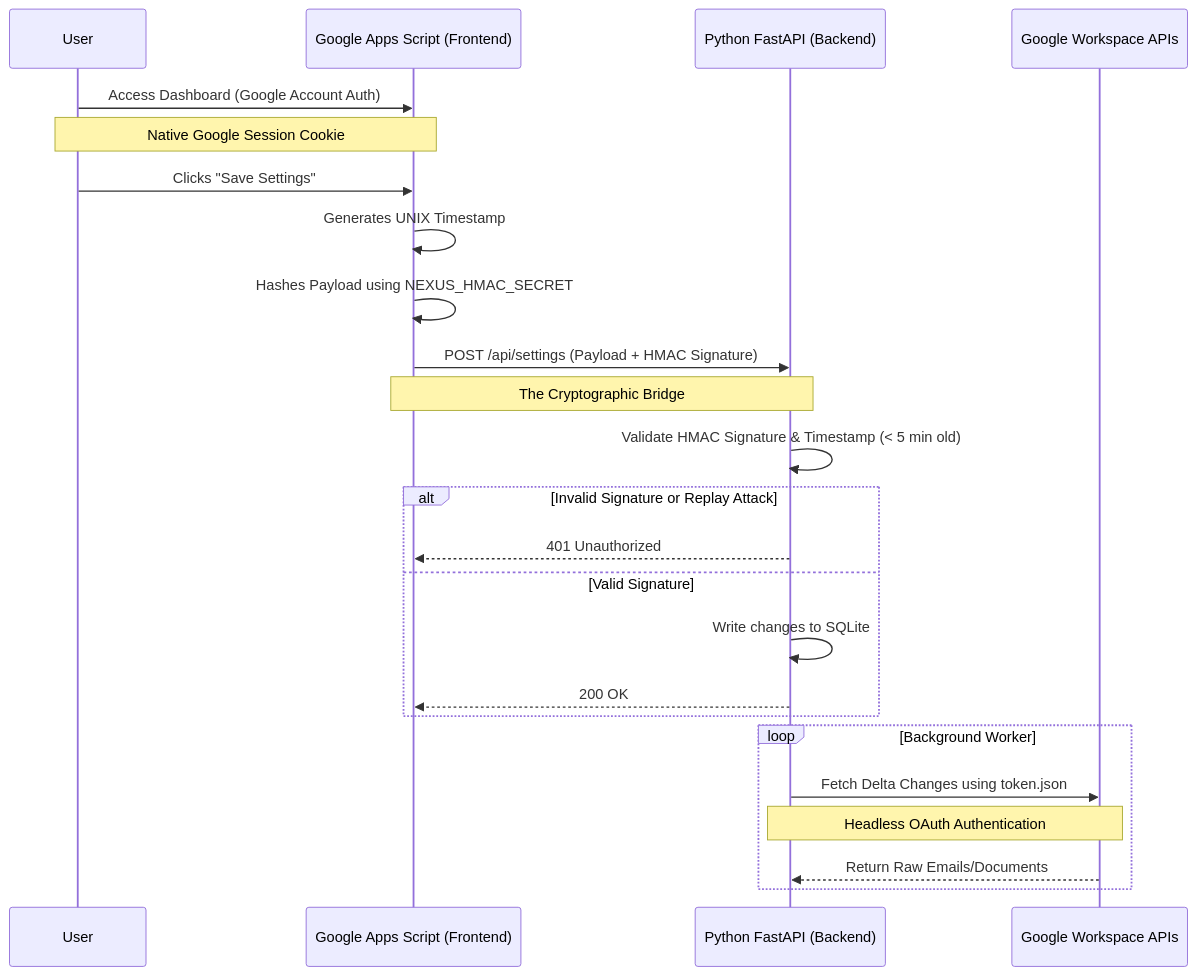
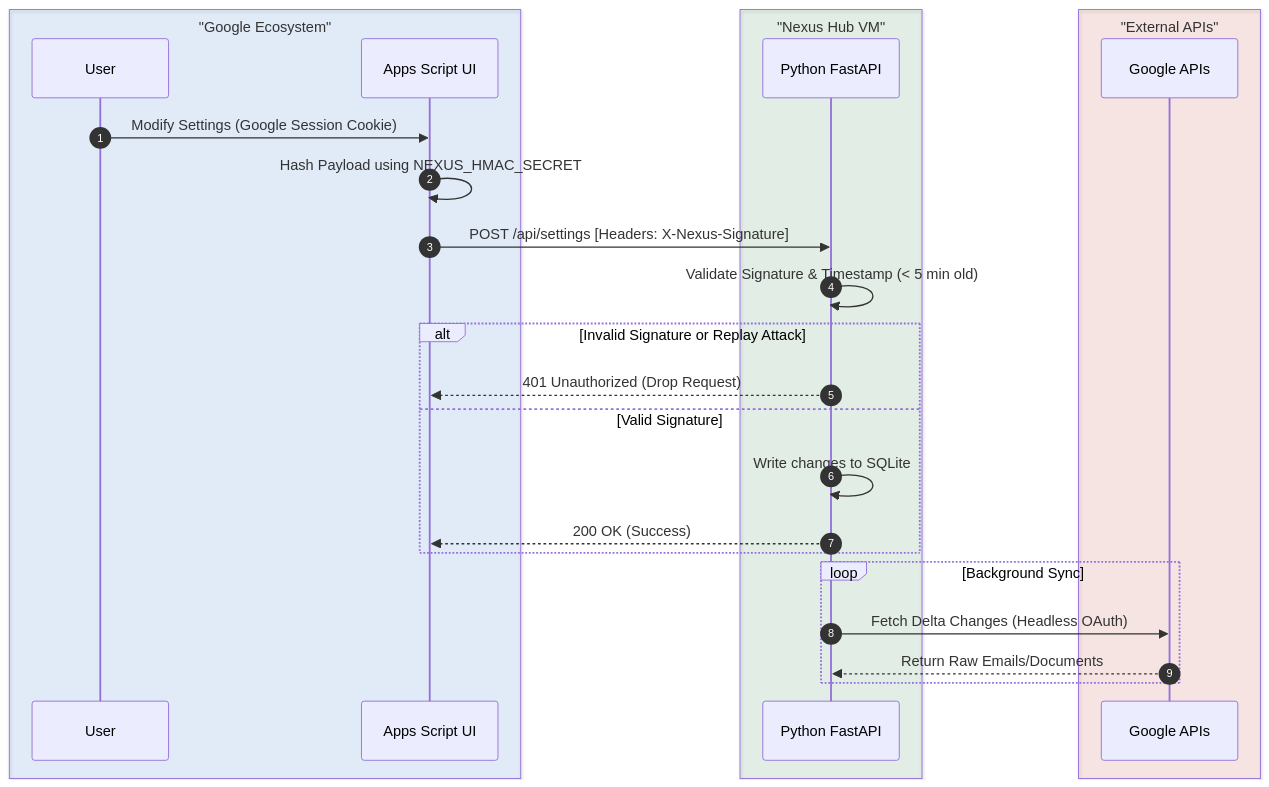
Before and after one commit to FrankXLT/Nexus-Hub-for-Google: the second of 6 diagrams in README.md, drawn with Mermaid. The commit also changed other lines of this file, not shown here.

````diff
--- a/README.md
+++ b/README.md
@@ -153,31 +126,33 @@
 ```mermaid
 sequenceDiagram
+    autonumber
+    box rgba(26, 115, 232, 0.1) "Google Ecosystem"
     participant User
-    participant GAS as Google Apps Script (Frontend)
-    participant VM as Python FastAPI (Backend)
-    participant Workspace as Google Workspace APIs
+    participant GAS as Apps Script UI
+    end
+    
+    box rgba(30, 142, 62, 0.1) "Nexus Hub VM"
+    participant VM as Python FastAPI
+    end
+    
+    box rgba(217, 48, 37, 0.1) "External APIs"
+    participant Workspace as Google APIs
+    end
 
-    User->>GAS: Access Dashboard (Google Account Auth)
-    Note over User,GAS: Native Google Session Cookie
+    User->>GAS: Modify Settings (Google Session Cookie)
+    GAS->>GAS: Hash Payload using NEXUS_HMAC_SECRET
+    GAS->>VM: POST /api/settings [Headers: X-Nexus-Signature]
     
-    User->>GAS: Clicks "Save Settings"
-    GAS->>GAS: Generates UNIX Timestamp
-    GAS->>GAS: Hashes Payload using NEXUS_HMAC_SECRET
-    
-    GAS->>VM: POST /api/settings (Payload + HMAC Signature)
-    Note over GAS,VM: The Cryptographic Bridge
-    
-    VM->>VM: Validate HMAC Signature & Timestamp (< 5 min old)
+    VM->>VM: Validate Signature & Timestamp (< 5 min old)
     alt Invalid Signature or Replay Attack
-        VM-->>GAS: 401 Unauthorized
+        VM-->>GAS: 401 Unauthorized (Drop Request)
     else Valid Signature
         VM->>VM: Write changes to SQLite
-        VM-->>GAS: 200 OK
+        VM-->>GAS: 200 OK (Success)
     end
     
-    loop Background Worker
-        VM->>Workspace: Fetch Delta Changes using token.json
-        Note over VM,Workspace: Headless OAuth Authentication
+    loop Background Sync
+        VM->>Workspace: Fetch Delta Changes (Headless OAuth)
         Workspace-->>VM: Return Raw Emails/Documents
     end
 ```
````
